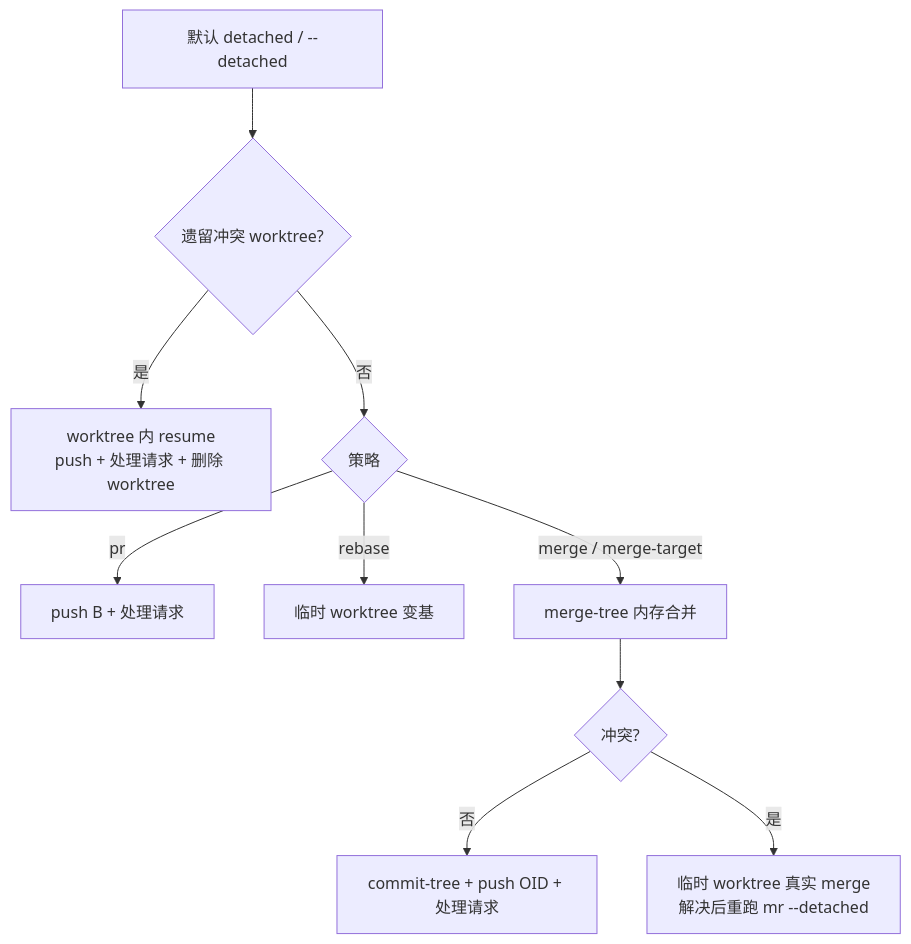
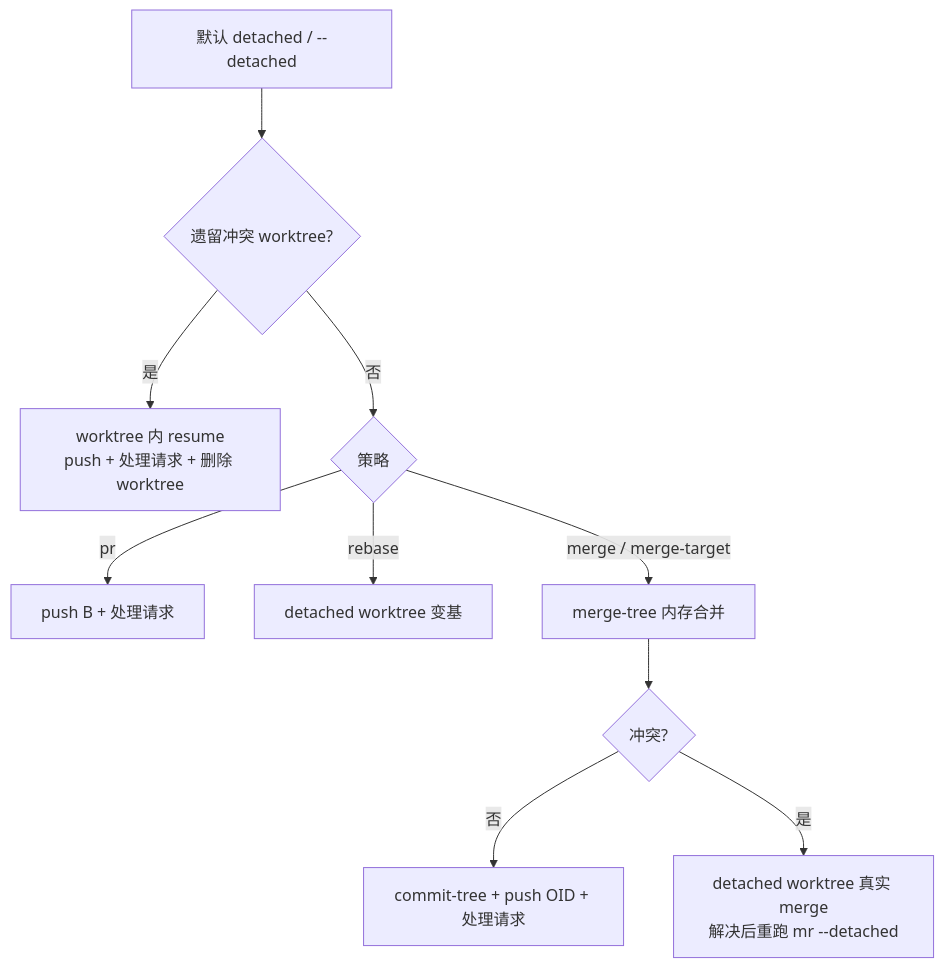
The second of 2 diagrams in README.md (JUNERDD/mr), drawn with Mermaid before and after one commit. The commit also changed other lines of this file and 12 other files, not shown here.

Commit message:
feat: add configurable detached worktree directory

````diff
--- a/README.md
+++ b/README.md
@@ -291,12 +317,12 @@
 ```mermaid
 flowchart TD
   D0["默认 detached / --detached"] --> D1{"遗留冲突 worktree?"}
   D1 -- "是" --> D2["worktree 内 resume<br/>push + 处理请求 + 删除 worktree"]
   D1 -- "否" --> D3{"策略"}
   D3 -- "pr" --> D4["push B + 处理请求"]
-  D3 -- "rebase" --> D5["临时 worktree 变基"]
+  D3 -- "rebase" --> D5["detached worktree 变基"]
   D3 -- "merge / merge-target" --> D6["merge-tree 内存合并"]
   D6 --> D7{"冲突?"}
   D7 -- "否" --> D8["commit-tree + push OID + 处理请求"]
-  D7 -- "是" --> D9["临时 worktree 真实 merge<br/>解决后重跑 mr --detached"]
+  D7 -- "是" --> D9["detached worktree 真实 merge<br/>解决后重跑 mr --detached"]
 ```
````
